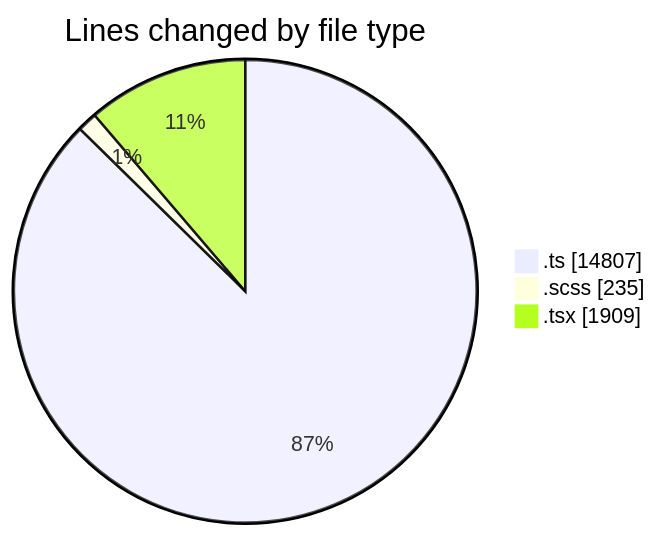
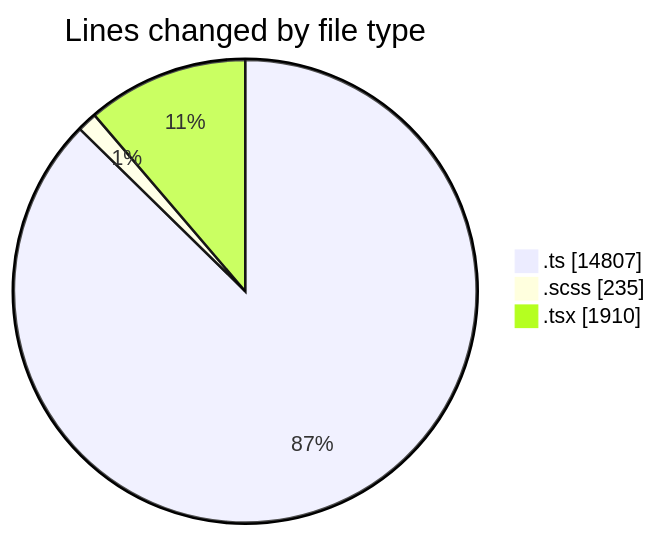
One commit to momahboobian/code-tracking changed the first of 2 diagrams in 2025-08-27/cda/README.md. Above: the diagram before and after it, drawn with Mermaid. The commit also changed other lines of this file and 1 other file, not shown here.

````diff
--- a/2025-08-27/cda/README.md
+++ b/2025-08-27/cda/README.md
@@ -31,7 +31,7 @@
 ```mermaid
 pie showData
 title Lines changed by file type
 ".ts" : 14807
 ".scss" : 235
-".tsx" : 1909
+".tsx" : 1910
 ```
````
